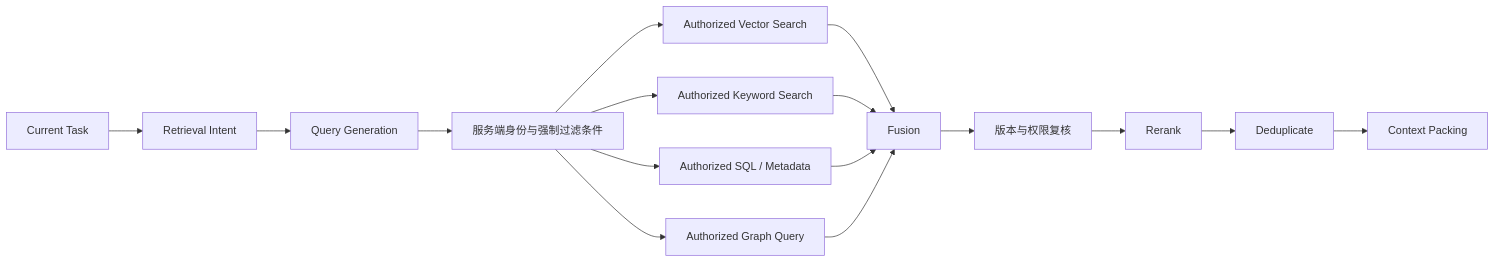
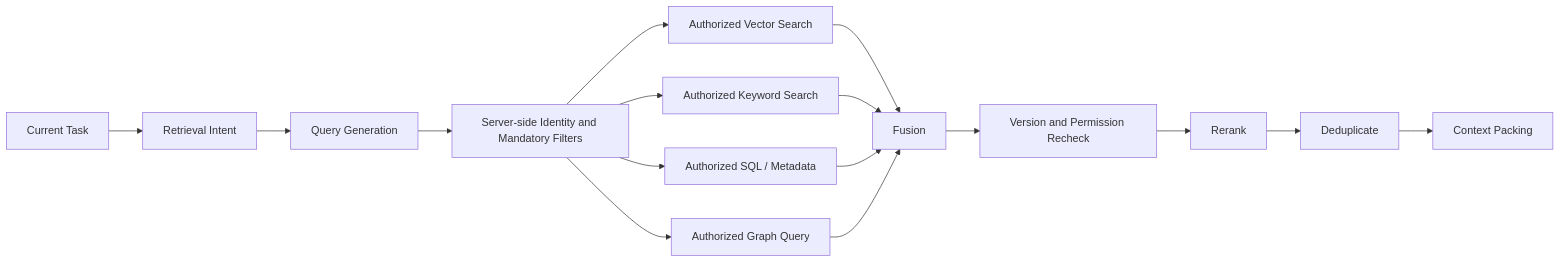
Before and after one commit to oneleaveknowsthefall/awesome-ai-roadmap: diagram 11 of 15 in docs/agent/03-memory-context/08-agent-memory-implementation.md, drawn with Mermaid. The commit also changed other lines of this file and 68 other files, not shown here.

````diff
--- a/docs/agent/03-memory-context/08-agent-memory-implementation.md
+++ b/docs/agent/03-memory-context/08-agent-memory-implementation.md
@@ -694,18 +694,18 @@
 ```mermaid
 flowchart LR
     TASK[Current Task] --> INTENT[Retrieval Intent]
     INTENT --> Q[Query Generation]
-    Q --> SCOPE[服务端身份与强制过滤条件]
+    Q --> SCOPE[Server-side Identity and Mandatory Filters]
     SCOPE --> V[Authorized Vector Search]
     SCOPE --> K[Authorized Keyword Search]
     SCOPE --> SQL[Authorized SQL / Metadata]
     SCOPE --> G[Authorized Graph Query]
     V --> F[Fusion]
     K --> F
     SQL --> F
     G --> F
-    F --> ACL[版本与权限复核]
+    F --> ACL[Version and Permission Recheck]
     ACL --> RR[Rerank]
     RR --> DD[Deduplicate]
     DD --> CP[Context Packing]
 ```
````
